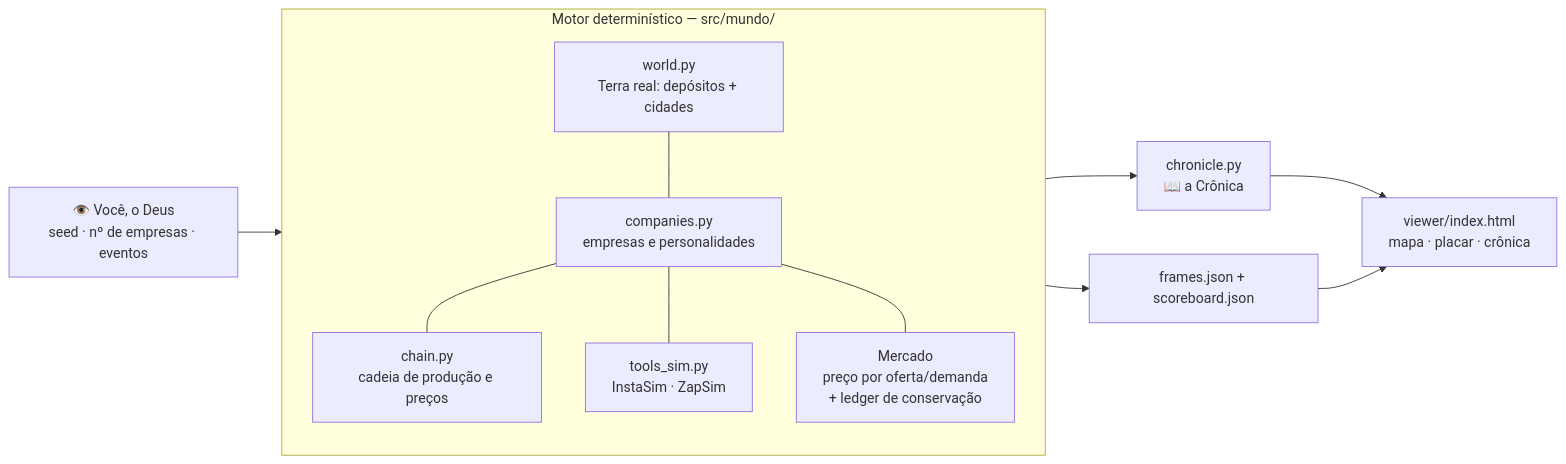
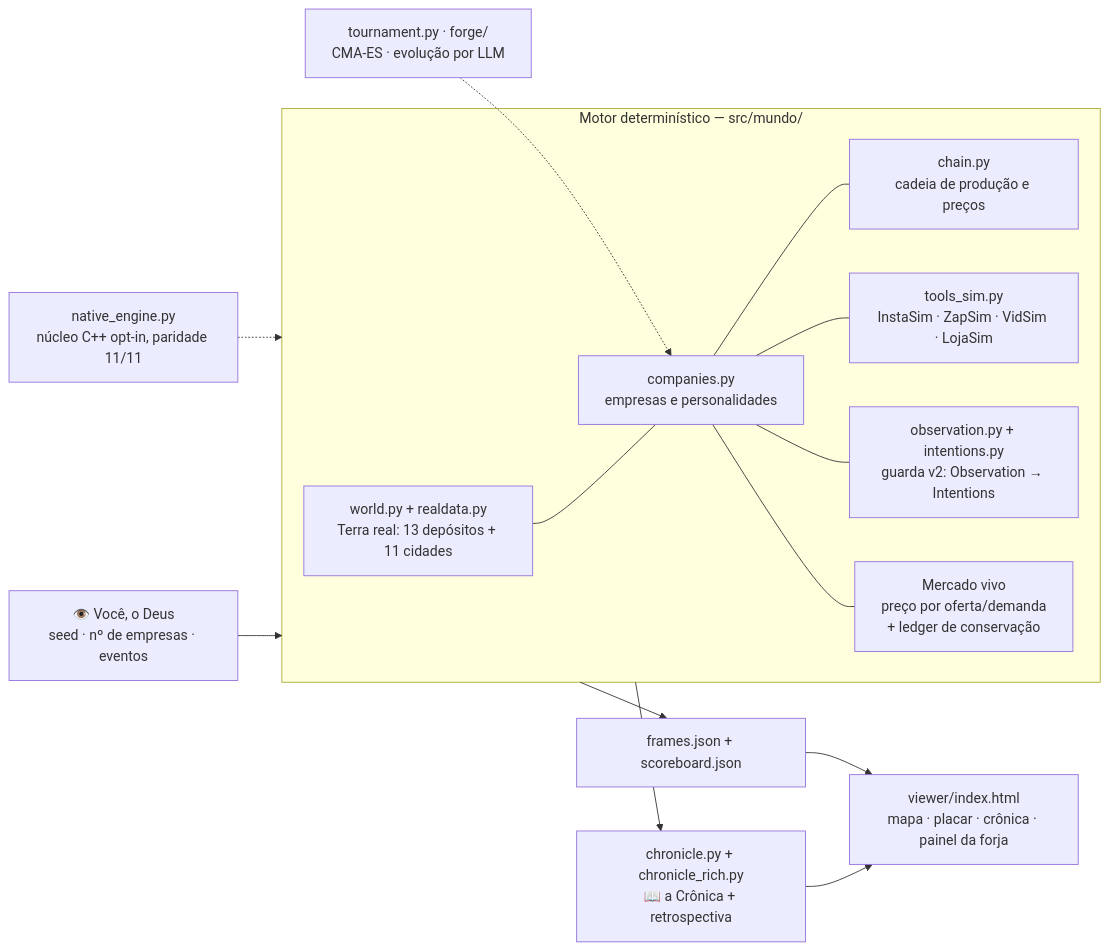
The first of 2 diagrams in README.md (santleme/pathtoquantum), drawn with Mermaid before and after one commit. The commit also changed other lines of this file, not shown here.

````diff
--- a/README.md
+++ b/README.md
@@ -37,19 +50,23 @@
 ```mermaid
 flowchart LR
     GOD["👁️ Você, o Deus<br/>seed · nº de empresas · eventos"] --> ENGINE
     subgraph ENGINE["Motor determinístico — src/mundo/"]
-        WORLD["world.py<br/>Terra real: depósitos + cidades"]
+        WORLD["world.py + realdata.py<br/>Terra real: 13 depósitos + 11 cidades"]
         COMP["companies.py<br/>empresas e personalidades"]
         CHAIN["chain.py<br/>cadeia de produção e preços"]
-        TOOLS["tools_sim.py<br/>InstaSim · ZapSim"]
-        MARKET["Mercado<br/>preço por oferta/demanda<br/>+ ledger de conservação"]
+        TOOLS["tools_sim.py<br/>InstaSim · ZapSim · VidSim · LojaSim"]
+        OBS["observation.py + intentions.py<br/>guarda v2: Observation → Intentions"]
+        MARKET["Mercado vivo<br/>preço por oferta/demanda<br/>+ ledger de conservação"]
         WORLD --- COMP
         COMP --- CHAIN
         COMP --- TOOLS
+        COMP --- OBS
         COMP --- MARKET
     end
-    ENGINE --> CHRON["chronicle.py<br/>📖 a Crônica"]
+    ENGINE --> CHRON["chronicle.py + chronicle_rich.py<br/>📖 a Crônica + retrospectiva"]
     ENGINE --> FRAMES["frames.json + scoreboard.json"]
-    CHRON --> VIEWER["viewer/index.html<br/>mapa · placar · crônica"]
+    CHRON --> VIEWER["viewer/index.html<br/>mapa · placar · crônica · painel da forja"]
     FRAMES --> VIEWER
+    NAT["native_engine.py<br/>núcleo C++ opt-in, paridade 11/11"] -.-> ENGINE
+    TOR["tournament.py · forge/<br/>CMA-ES · evolução por LLM"] -.-> COMP
 ```
````
